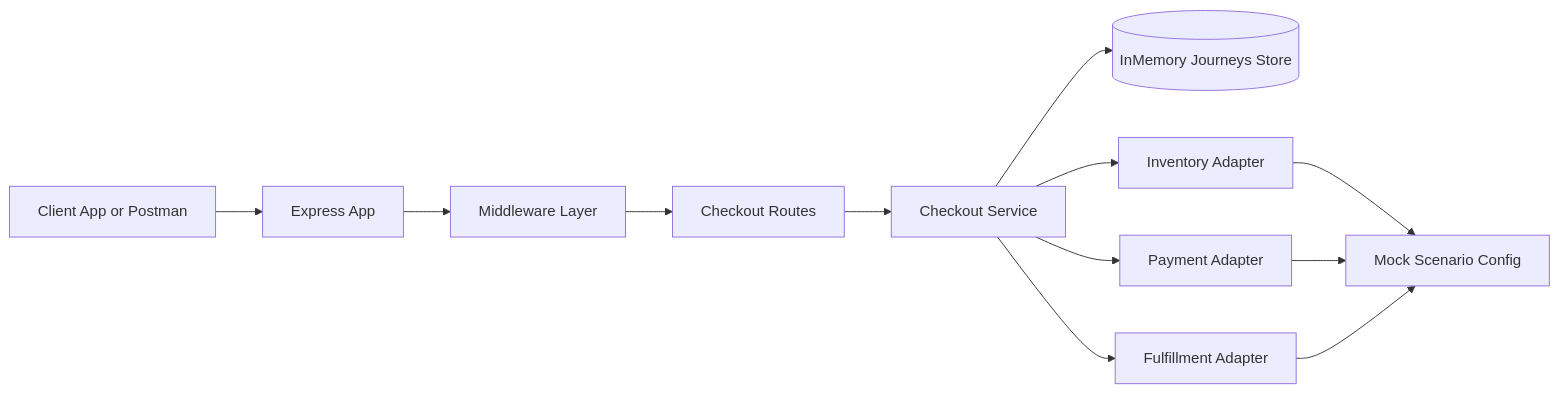
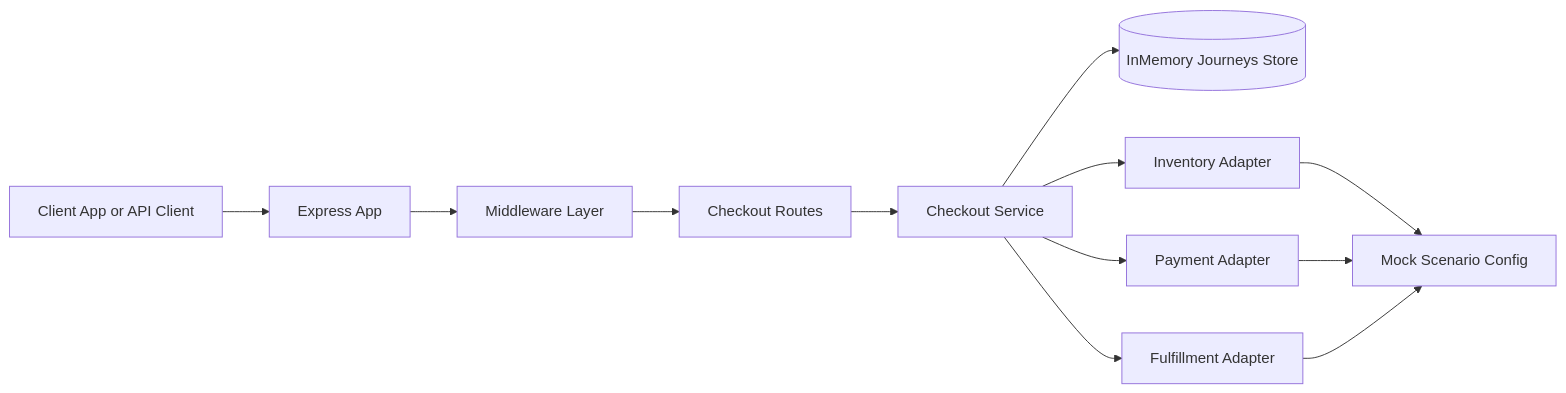
One commit to chris-piwinsky/experience-api changed the first of 3 diagrams in docs/architecture.md. Above: the diagram before and after it, drawn with Mermaid. The commit also changed 36 other files, not shown here.

````diff
--- a/docs/architecture.md
+++ b/docs/architecture.md
@@ -7,14 +7,14 @@
 ```mermaid
 flowchart LR
-  Client[Client App or Postman] --> App[Express App]
+  Client[Client App or API Client] --> App[Express App]
   App --> MW[Middleware Layer]
   MW --> Routes[Checkout Routes]
   Routes --> Service[Checkout Service]
   Service --> Store[(InMemory Journeys Store)]
   Service --> Inv[Inventory Adapter]
   Service --> Pay[Payment Adapter]
   Service --> Ful[Fulfillment Adapter]
   Inv --> Scenarios[Mock Scenario Config]
   Pay --> Scenarios
   Ful --> Scenarios
 ```
````
